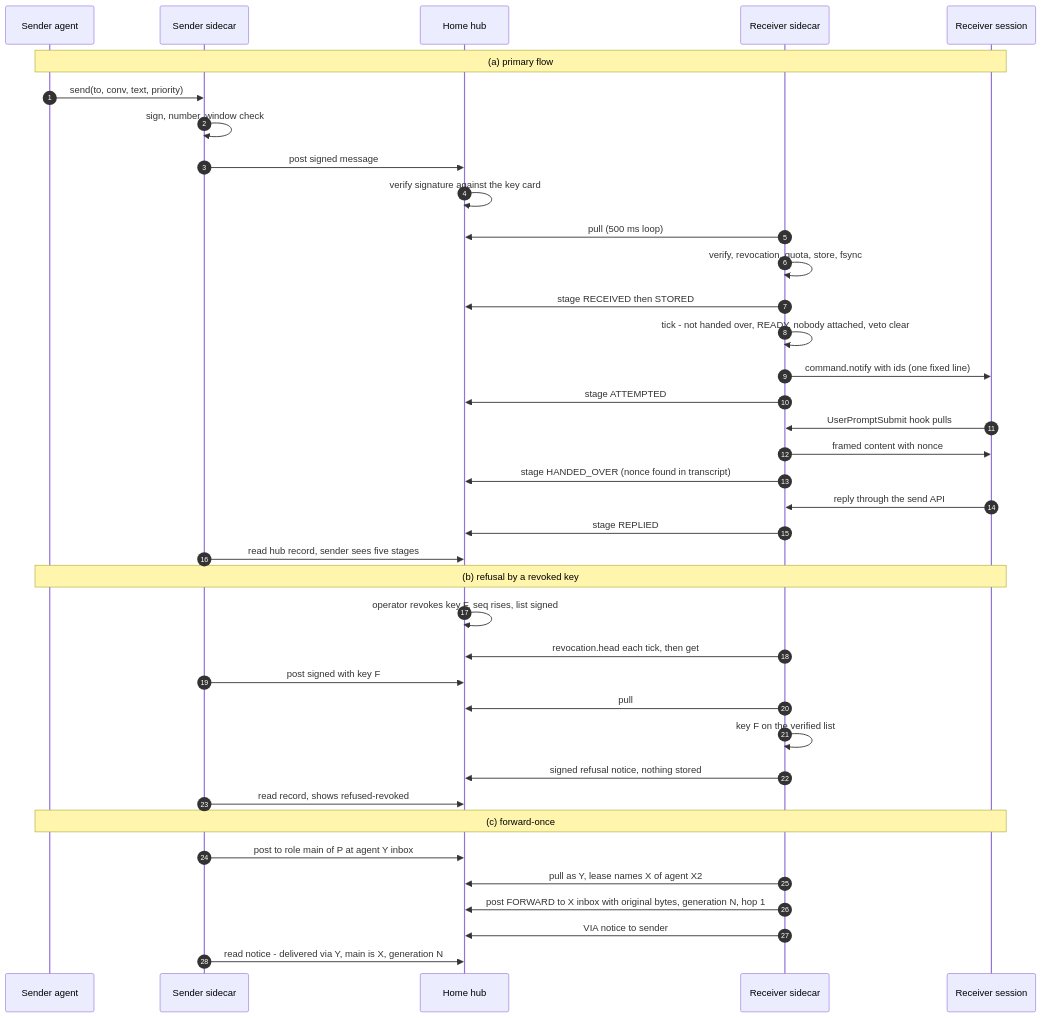
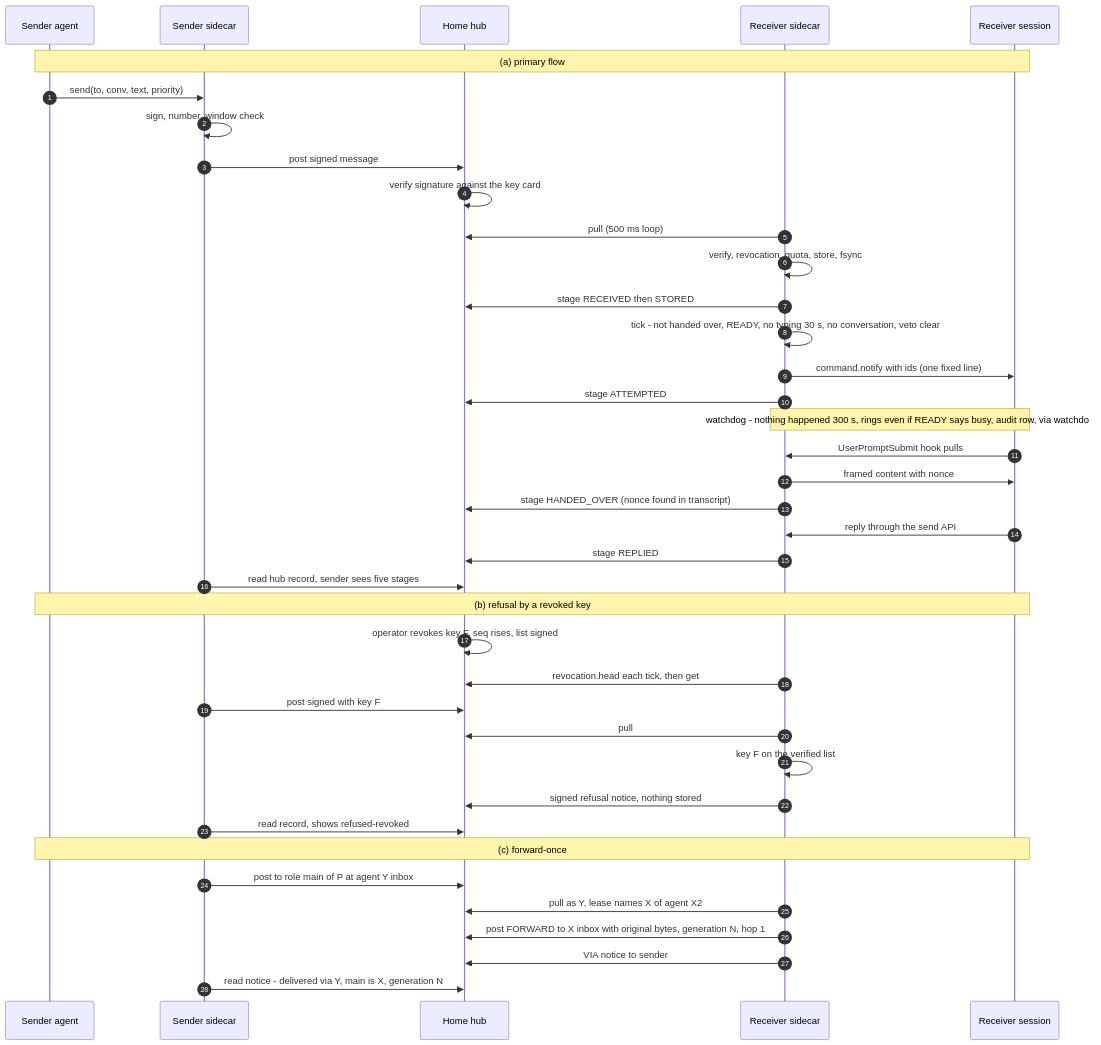
The third of 5 diagrams in docs/design/interactive-agent-communication-04-architecture.md (DimitriGeelen/termlink), drawn with Mermaid before and after one commit. The commit also changed other lines of this file and 3 other files, not shown here.

````diff
--- a/docs/design/interactive-agent-communication-04-architecture.md
+++ b/docs/design/interactive-agent-communication-04-architecture.md
@@ -577,40 +788,41 @@
 ```mermaid
 sequenceDiagram
   autonumber
   participant SA as Sender agent
   participant SS as Sender sidecar
   participant H as Home hub
   participant RS as Receiver sidecar
   participant RA as Receiver session
   Note over SA,RA: (a) primary flow
   SA->>SS: send(to, conv, text, priority)
   SS->>SS: sign, number, window check
   SS->>H: post signed message
   H->>H: verify signature against the key card
   RS->>H: pull (500 ms loop)
   RS->>RS: verify, revocation, quota, store, fsync
   RS->>H: stage RECEIVED then STORED
-  RS->>RS: tick - not handed over, READY, nobody attached, veto clear
+  RS->>RS: tick - not handed over, READY, no typing 30 s, no conversation, veto clear
   RS->>RA: command.notify with ids (one fixed line)
   RS->>H: stage ATTEMPTED
+  Note over RS,RA: watchdog - nothing happened 300 s, rings even if READY says busy, audit row, via watchdog
   RA->>RS: UserPromptSubmit hook pulls
   RS->>RA: framed content with nonce
   RS->>H: stage HANDED_OVER (nonce found in transcript)
   RA->>RS: reply through the send API
   RS->>H: stage REPLIED
   SS->>H: read hub record, sender sees five stages
   Note over SA,RA: (b) refusal by a revoked key
   H->>H: operator revokes key F, seq rises, list signed
   RS->>H: revocation.head each tick, then get
   SS->>H: post signed with key F
   RS->>H: pull
   RS->>RS: key F on the verified list
   RS->>H: signed refusal notice, nothing stored
   SS->>H: read record, shows refused-revoked
   Note over SA,RA: (c) forward-once
   SS->>H: post to role main of P at agent Y inbox
   RS->>H: pull as Y, lease names X of agent X2
   RS->>H: post FORWARD to X inbox with original bytes, generation N, hop 1
   RS->>H: VIA notice to sender
   SS->>H: read notice - delivered via Y, main is X, generation N
 ```
````
